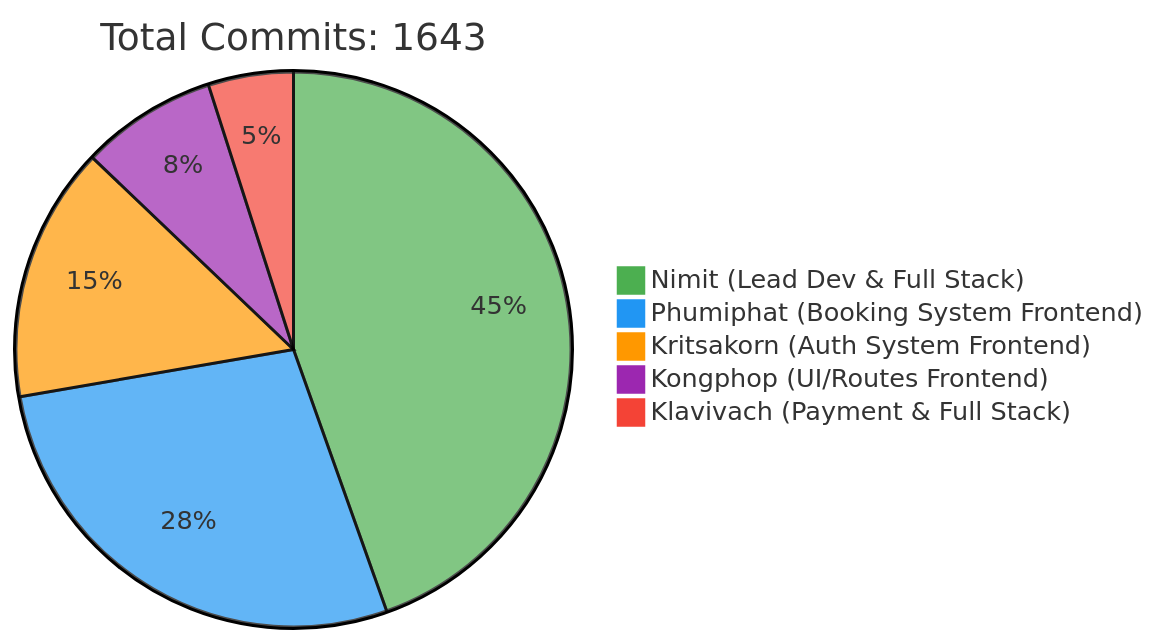
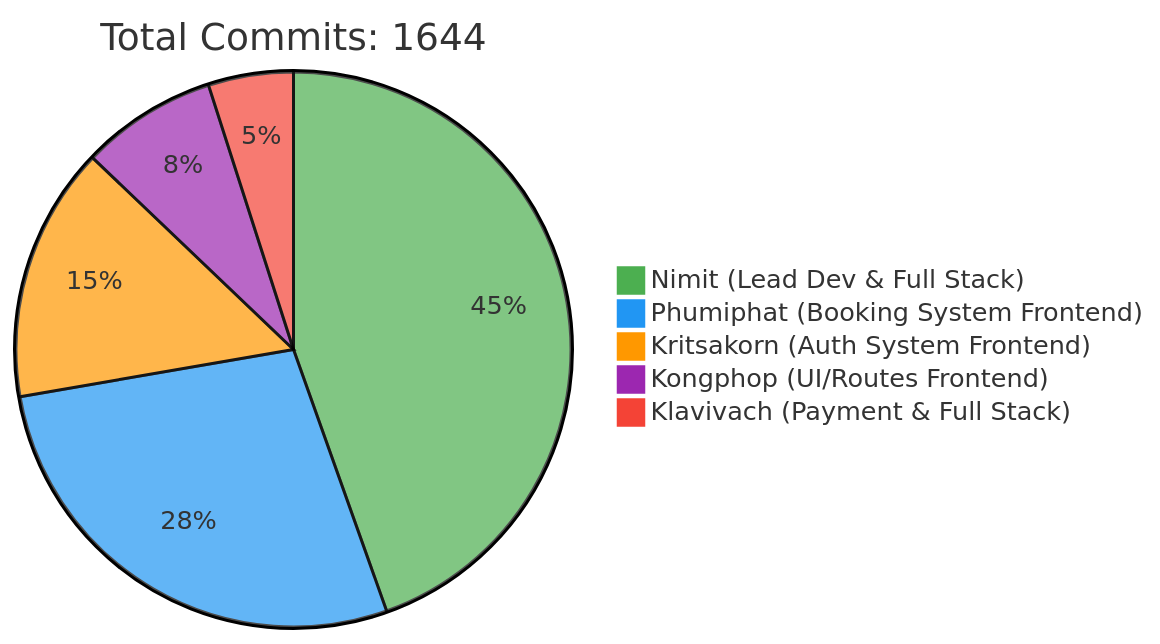
One commit to 6531503042/Sport-Complex changed the first of 2 diagrams in README.md. Above: the diagram before and after it, drawn with Mermaid. The commit also changed other lines of this file, not shown here.

Commit message:
docs: Update contributor statistics [skip ci]

````diff
--- a/README.md
+++ b/README.md
@@ -257,10 +257,10 @@
 ```mermaid
 %%{init: {'theme': 'base', 'themeVariables': { 'pie1': '#4CAF50', 'pie2': '#2196F3', 'pie3': '#FF9800', 'pie4': '#9C27B0', 'pie5': '#F44336'}}}%%
 pie
-    title Total Commits: 1643
+    title Total Commits: 1644
     "Nimit (Lead Dev & Full Stack)" : 450
     "Phumiphat (Booking System Frontend)" : 280
     "Kritsakorn (Auth System Frontend)" : 150
     "Kongphop (UI/Routes Frontend)" : 80
     "Klavivach (Payment & Full Stack)" : 50
 ```
````
